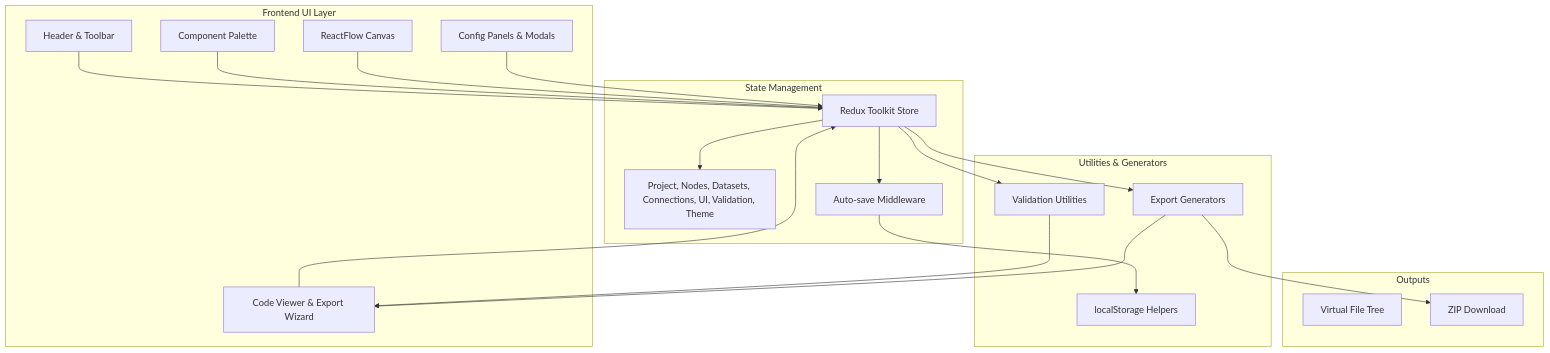
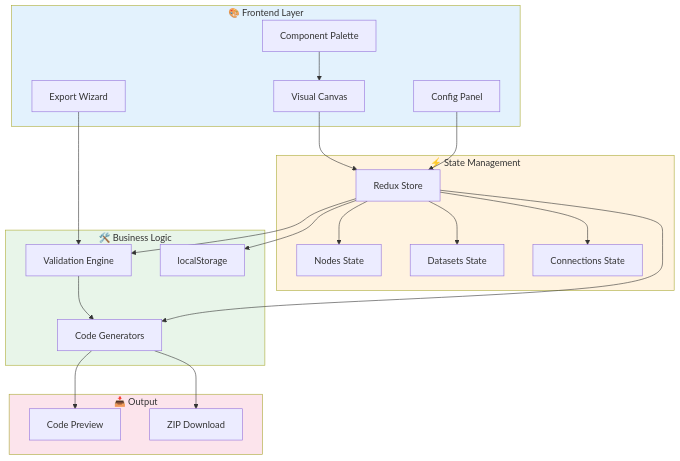
Before and after one commit to kedro-org/kedro-builder: the first of 4 diagrams in PROJECT_ARCHITECTURE.md, drawn with Mermaid. The commit also changed other lines of this file, not shown here.

Commit message:
PROJECT_ARCHITECTURE updated

````diff
--- a/PROJECT_ARCHITECTURE.md
+++ b/PROJECT_ARCHITECTURE.md
@@ -90,41 +90,53 @@
 ```mermaid
-graph TD
-    subgraph UI[Frontend UI Layer]
-        Header[Header & Toolbar]
+graph TB
+    subgraph UI["🎨 Frontend Layer"]
+        Canvas[Visual Canvas]
         Palette[Component Palette]
-        Canvas[ReactFlow Canvas]
-        Panels[Config Panels & Modals]
-        Viewer[Code Viewer & Export Wizard]
+        ConfigPanel[Config Panel]
+        ExportWizard[Export Wizard]
     end
 
-    subgraph State[State Management]
-        Store[Redux Toolkit Store]
-        Slices[Project, Nodes, Datasets, Connections, UI, Validation, Theme]
-        Middleware[Auto-save Middleware]
+    subgraph State["⚡ State Management"]
+        Redux[Redux Store]
+        Nodes[Nodes State]
+        Datasets[Datasets State]
+        Connections[Connections State]
     end
 
-    subgraph Services[Utilities & Generators]
-        Validation[Validation Utilities]
-        Export[Export Generators]
-        Storage[localStorage Helpers]
+    subgraph Logic["🛠️ Business Logic"]
+        Validation[Validation Engine]
+        CodeGen[Code Generators]
+        Storage[localStorage]
     end
 
-    subgraph Output[Outputs]
-        CodePreview[Virtual File Tree]
-        Zip[ZIP Download]
+    subgraph Output["📥 Output"]
+        Preview[Code Preview]
+        ZIP[ZIP Download]
     end
 
-    Header --> Store
-    Palette --> Store
-    Canvas --> Store
-    Panels --> Store
-    Viewer --> Store
-    Store --> Slices
-    Store --> Middleware
-    Store --> Validation
-    Store --> Export
-    Validation --> Viewer
-    Export --> Viewer
-    Export --> Zip
-    Middleware --> Storage
+    %% User interactions
+    Palette --> Canvas
+    Canvas --> Redux
+    ConfigPanel --> Redux
+    
+    %% State management
+    Redux --> Nodes
+    Redux --> Datasets
+    Redux --> Connections
+    Redux --> Storage
+    
+    %% Export flow
+    ExportWizard --> Validation
+    Validation --> CodeGen
+    CodeGen --> Preview
+    CodeGen --> ZIP
+    
+    %% Data flow
+    Redux --> Validation
+    Redux --> CodeGen
+
+    style UI fill:#e3f2fd
+    style State fill:#fff3e0
+    style Logic fill:#e8f5e9
+    style Output fill:#fce4ec
 ```
````
